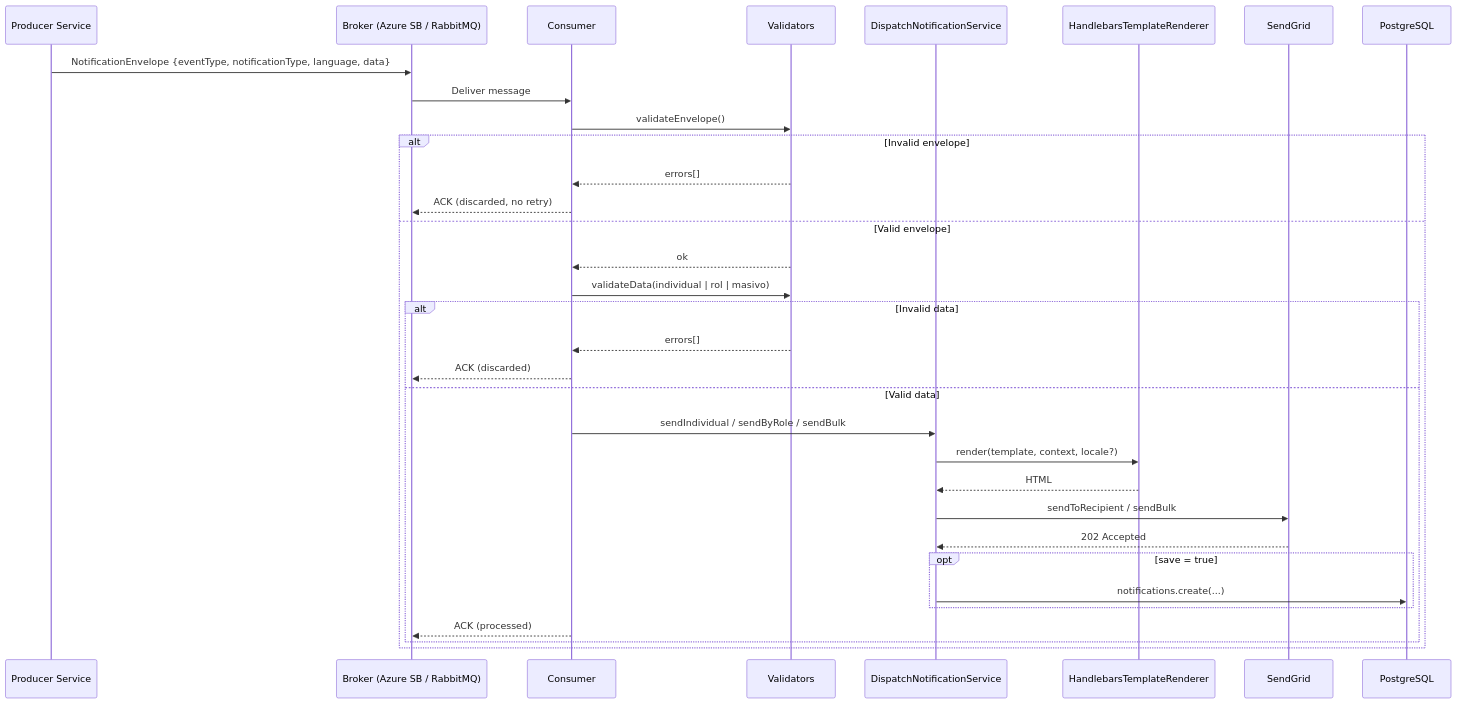
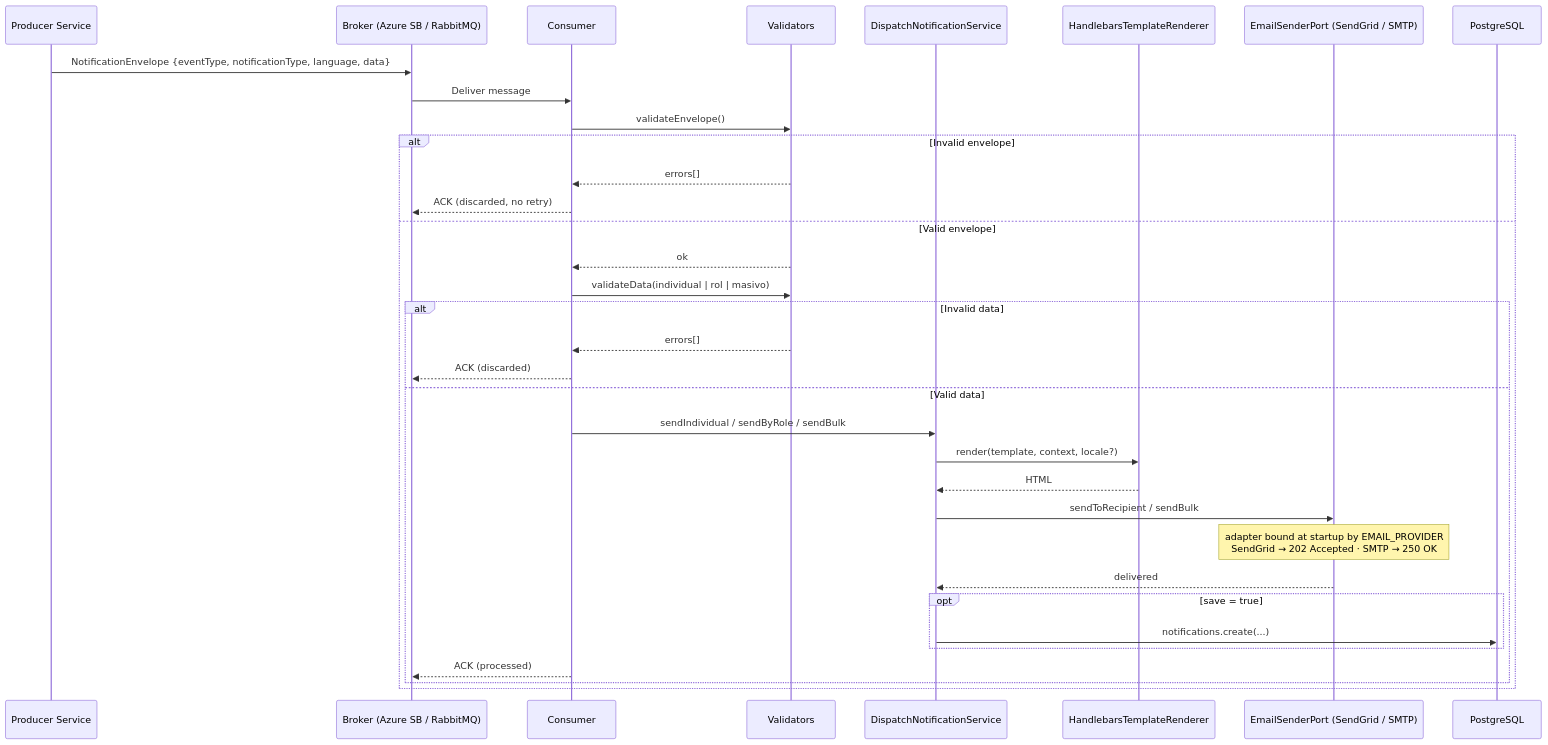
Before and after one commit to EciWise/EciWise.github.io: the fourth of 9 diagrams in how/notifications-service.md, drawn with Mermaid. The commit also changed other lines of this file and 6 other files, not shown here.

Commit message:
feat: add comprehensive frontend documentation for ECIWISE-Front architecture, development guidelines, and security measures

````diff
--- a/how/notifications-service.md
+++ b/how/notifications-service.md
@@ -211,36 +270,37 @@
 ```mermaid
 sequenceDiagram
   participant P as Producer Service
   participant B as Broker (Azure SB / RabbitMQ)
   participant C as Consumer
   participant V as Validators
   participant D as DispatchNotificationService
   participant R as HandlebarsTemplateRenderer
-  participant E as SendGrid
+  participant E as EmailSenderPort (SendGrid / SMTP)
   participant DB as PostgreSQL
 
   P->>B: NotificationEnvelope {eventType, notificationType, language, data}
   B->>C: Deliver message
   C->>V: validateEnvelope()
   alt Invalid envelope
     V-->>C: errors[]
     C-->>B: ACK (discarded, no retry)
   else Valid envelope
     V-->>C: ok
     C->>V: validateData(individual | rol | masivo)
     alt Invalid data
       V-->>C: errors[]
       C-->>B: ACK (discarded)
     else Valid data
       C->>D: sendIndividual / sendByRole / sendBulk
       D->>R: render(template, context, locale?)
       R-->>D: HTML
       D->>E: sendToRecipient / sendBulk
-      E-->>D: 202 Accepted
+      Note over E: adapter bound at startup by EMAIL_PROVIDER<br/>SendGrid → 202 Accepted · SMTP → 250 OK
+      E-->>D: delivered
       opt save = true
         D->>DB: notifications.create(...)
       end
       C-->>B: ACK (processed)
     end
   end
 ```
````
